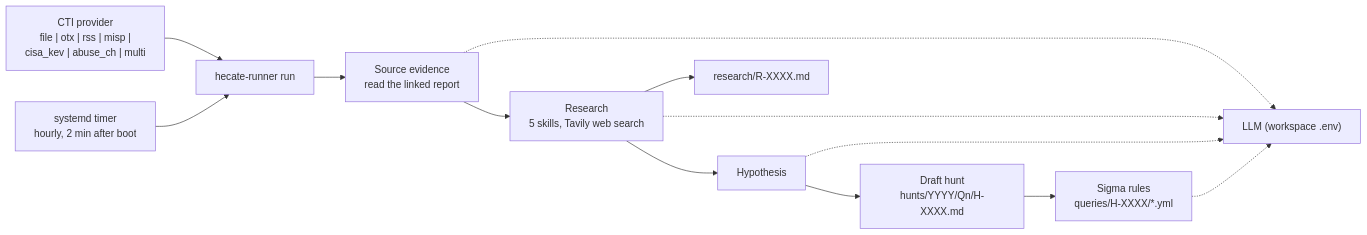
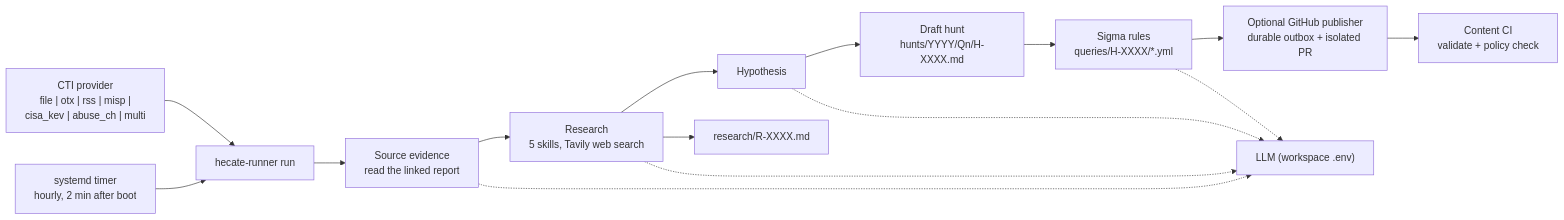
The diagram in README.md (BrizoSec/Hecate-Runner), drawn with Mermaid before and after one commit. The commit also changed other lines of this file and 18 other files, not shown here.

````diff
--- a/README.md
+++ b/README.md
@@ -28,15 +29,17 @@
 ```mermaid
 flowchart LR
     CTI["CTI provider<br/>file | otx | rss | misp |<br/>cisa_kev | abuse_ch | multi"] --> RUN
     TIMER["systemd timer<br/>hourly, 2 min after boot"] --> RUN["hecate-runner run"]
     RUN --> SRC["Source evidence<br/>read the linked report"]
     SRC --> RES["Research<br/>5 skills, Tavily web search"]
     RES --> HYP["Hypothesis"]
     HYP --> DRAFT["Draft hunt<br/>hunts/YYYY/Qn/H-XXXX.md"]
     DRAFT --> SIG["Sigma rules<br/>queries/H-XXXX/*.yml"]
     RES --> RDOC["research/R-XXXX.md"]
+    SIG --> PUB["Optional GitHub publisher<br/>durable outbox + isolated PR"]
+    PUB --> CI["Content CI<br/>validate + policy check"]
     SRC -.-> LLM["LLM (workspace .env)"]
     RES -.-> LLM
     HYP -.-> LLM
     SIG -.-> LLM
 ```
````
